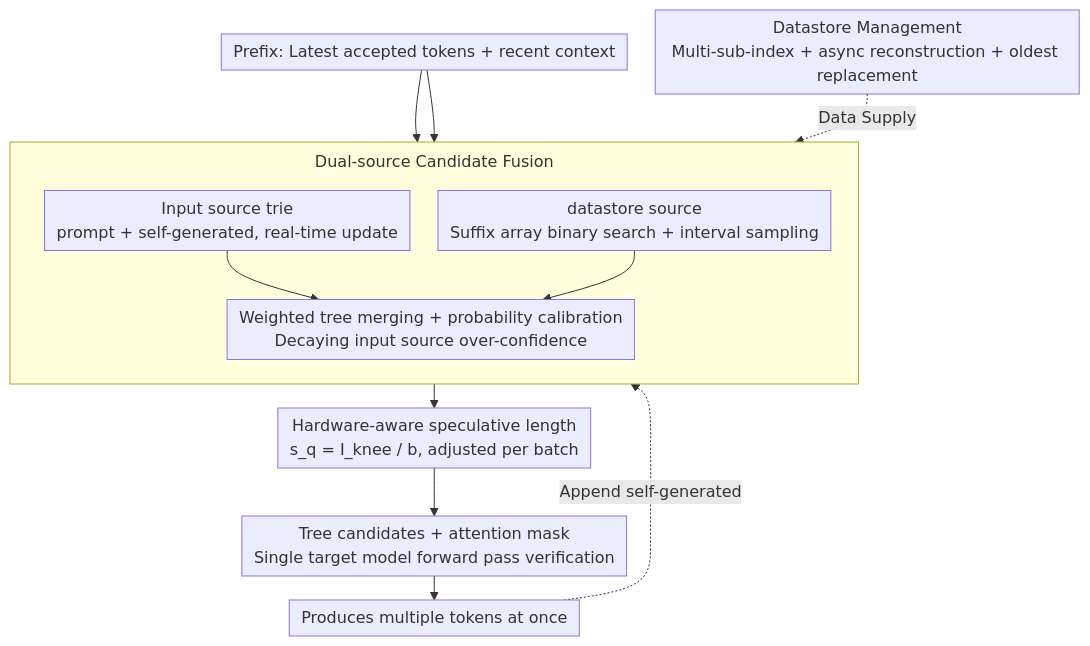
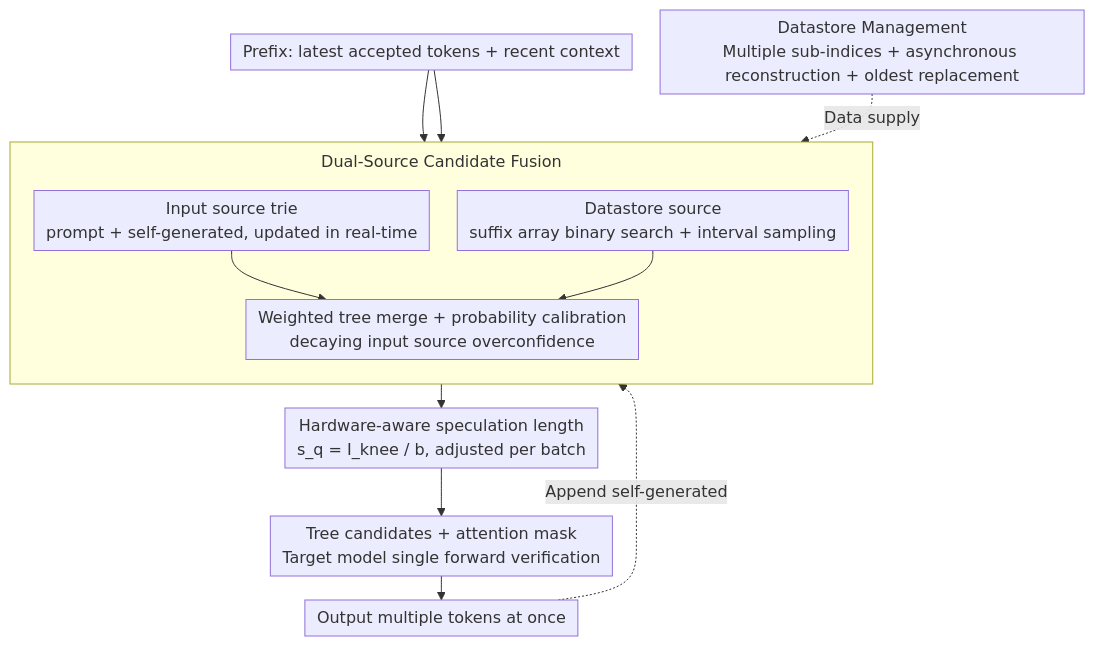
One commit to zhaoyang97/Paper-Notes-en changed the diagram in docs/ACL2026/model_compression/sssd_simply-scalable_speculative_decoding.md. Above: the diagram before and after it, drawn with Mermaid. The commit also changed other lines of this file and 5084 other files, not shown here.

````diff
--- a/docs/ACL2026/model_compression/sssd_simply-scalable_speculative_decoding.md
+++ b/docs/ACL2026/model_compression/sssd_simply-scalable_speculative_decoding.md
@@ -35,19 +35,19 @@
 ```mermaid
 %%{init: {'flowchart': {'rankSpacing': 24, 'nodeSpacing': 28, 'padding': 6, 'wrappingWidth': 400, 'subGraphTitleMargin': {'top': 8, 'bottom': 16}}}}%%
 flowchart TD
-    A["Prefix: Latest accepted tokens + recent context"]
-    subgraph FUSE["Dual-source Candidate Fusion"]
+    A["Prefix: latest accepted tokens + recent context"]
+    subgraph FUSE["Dual-Source Candidate Fusion"]
         direction TB
-        B["Input source trie<br/>prompt + self-generated, real-time update"]
-        C["datastore source<br/>Suffix array binary search + interval sampling"]
-        B --> M["Weighted tree merging + probability calibration<br/>Decaying input source over-confidence"]
+        B["Input source trie<br/>prompt + self-generated, updated in real-time"]
+        C["Datastore source<br/>suffix array binary search + interval sampling"]
+        B --> M["Weighted tree merge + probability calibration<br/>decaying input source overconfidence"]
         C --> M
     end
     A --> B
     A --> C
-    DS["Datastore Management<br/>Multi-sub-index + async reconstruction + oldest replacement"] -.->|Data Supply| C
-    M --> S["Hardware-aware speculative length<br/>s_q = I_knee / b, adjusted per batch"]
-    S --> V["Tree candidates + attention mask<br/>Single target model forward pass verification"]
-    V --> O["Produces multiple tokens at once"]
+    DS["Datastore Management<br/>Multiple sub-indices + asynchronous reconstruction + oldest replacement"] -.->|Data supply| C
+    M --> S["Hardware-aware speculation length<br/>s_q = I_knee / b, adjusted per batch"]
+    S --> V["Tree candidates + attention mask<br/>Target model single forward verification"]
+    V --> O["Output multiple tokens at once"]
     O -.->|Append self-generated| B
 ```
````
